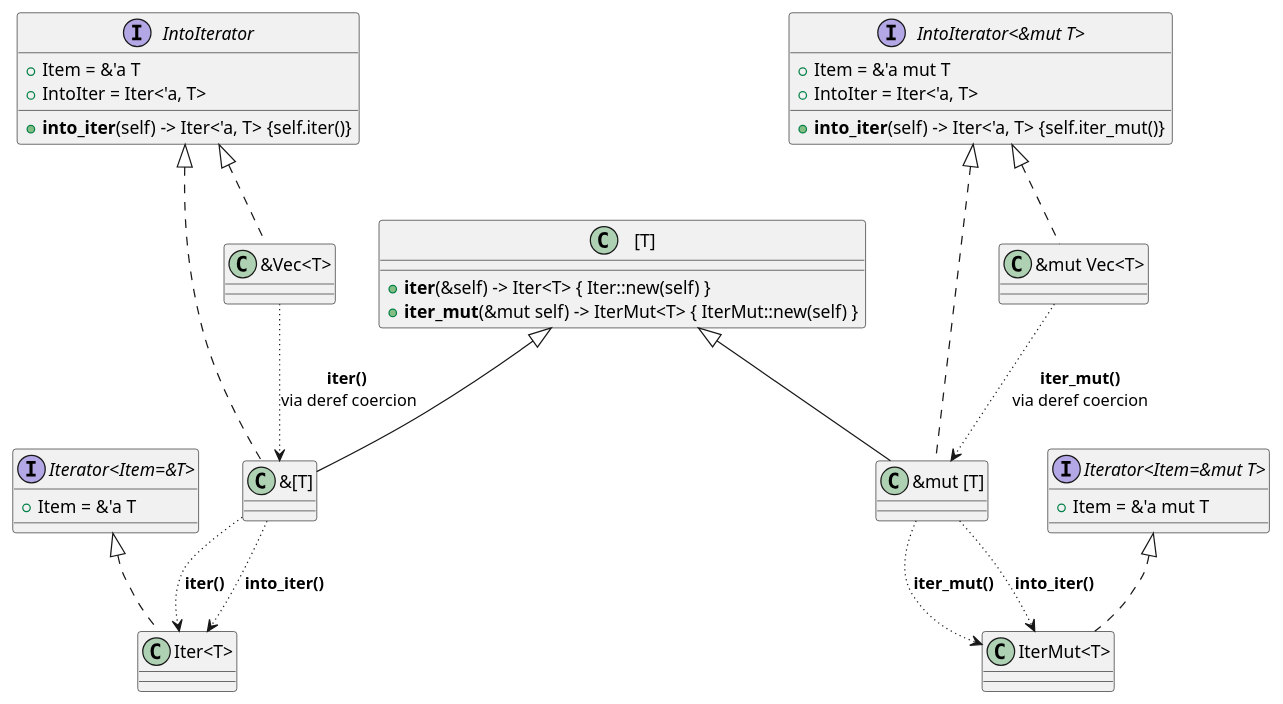
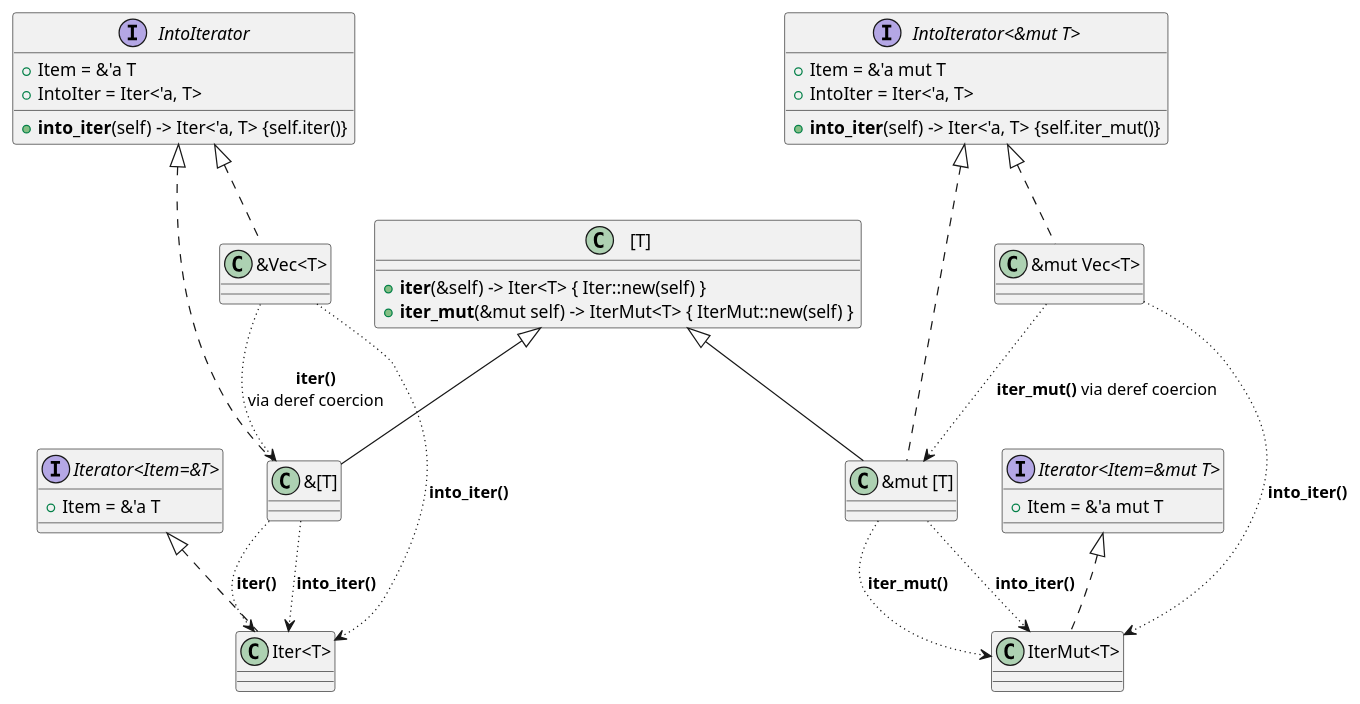
One commit to carmenere/easy-rust changed the diagram in collections/vec-iter-iter_mut.puml. Above: the diagram before and after it, drawn with PlantUML. The commit also changed 2 other files, not shown here.

```diff
--- a/collections/vec-iter-iter_mut.puml
+++ b/collections/vec-iter-iter_mut.puml
@@ -1,52 +1,52 @@
 @startuml
 allow_mixing
 
 interface "Iterator<Item=&T>" {
   + Item = &'a T
 }
 
 interface "Iterator<Item=&mut T>" {
   + Item = &'a mut T
 }
 
 interface "IntoIterator<&T>" {
     + Item = &'a T
     + IntoIter = Iter<'a, T>
     + <b>into_iter</b>(self) -> Iter<'a, T> {self.iter()}
 }
 
 interface "IntoIterator<&mut T>" {
     + Item = &'a mut T
     + IntoIter = Iter<'a, T>
     + <b>into_iter</b>(self) -> Iter<'a, T> {self.iter_mut()}
 }
 
 class " [T]" {
     + <b>iter</b>(&self) -> Iter<T> { Iter::new(self) }
     + <b>iter_mut</b>(&mut self) -> IterMut<T> { IterMut::new(self) }
 }
 
 class "&[T]"
 class "&mut [T]"
 
 "IntoIterator<&T>" <|.. "&Vec<T>"
 "IntoIterator<&mut T>" <|.. "&mut Vec<T>"
 
-"&Vec<T>" -[dotted]-> "&[T]" : <b>iter()</b> \nvia deref coercion
-"&mut Vec<T>" -[dotted]-> "&mut [T]" : <b>iter_mut()</b>\nvia deref coercion
-'"&Vec<T>" -[dotted]-> "Iter<T>" : iter()
-'"&mut Vec<T>" -[dotted]-> "IterMut<T>" : iter_mut()
+"&Vec<T>" -[dotted]-> "&[T]" : <b>iter()</b>\nvia deref coercion
+"&mut Vec<T>" -[dotted]-> "&mut [T]" : <b>iter_mut()</b> via deref coercion
+"&Vec<T>" -[dotted]-> "Iter<T>" : <b>into_iter()</b>
+"&mut Vec<T>" -[dotted]-> "IterMut<T>" : <b>into_iter()</b>
 "&[T]" -[dotted]-> "Iter<T>" : <b>iter()</b>
 "&[T]" -[dotted]-> "Iter<T>" : <b>into_iter()</b>
 "&mut [T]" -[dotted]-> "IterMut<T>" : <b>iter_mut()</b>
 "&mut [T]" -[dotted]-> "IterMut<T>" : <b>into_iter()</b>
 
 " [T]" <|-- "&[T]"
 " [T]" <|-- "&mut [T]"
 
 "IntoIterator<&T>" <|.. "&[T]"
 "IntoIterator<&mut T>" <|.. "&mut [T]"
 
 "Iterator<Item=&T>" <|.. "Iter<T>"
 "Iterator<Item=&mut T>" <|.. "IterMut<T>"
 @enduml
```
